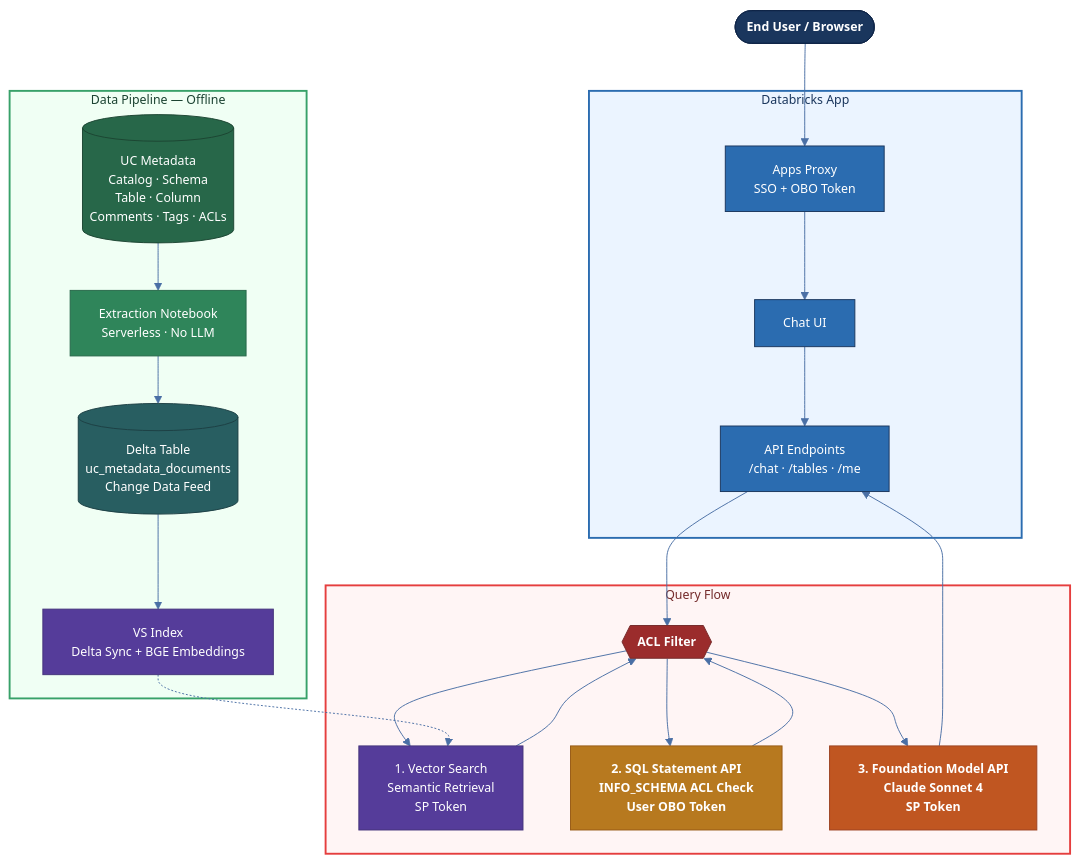
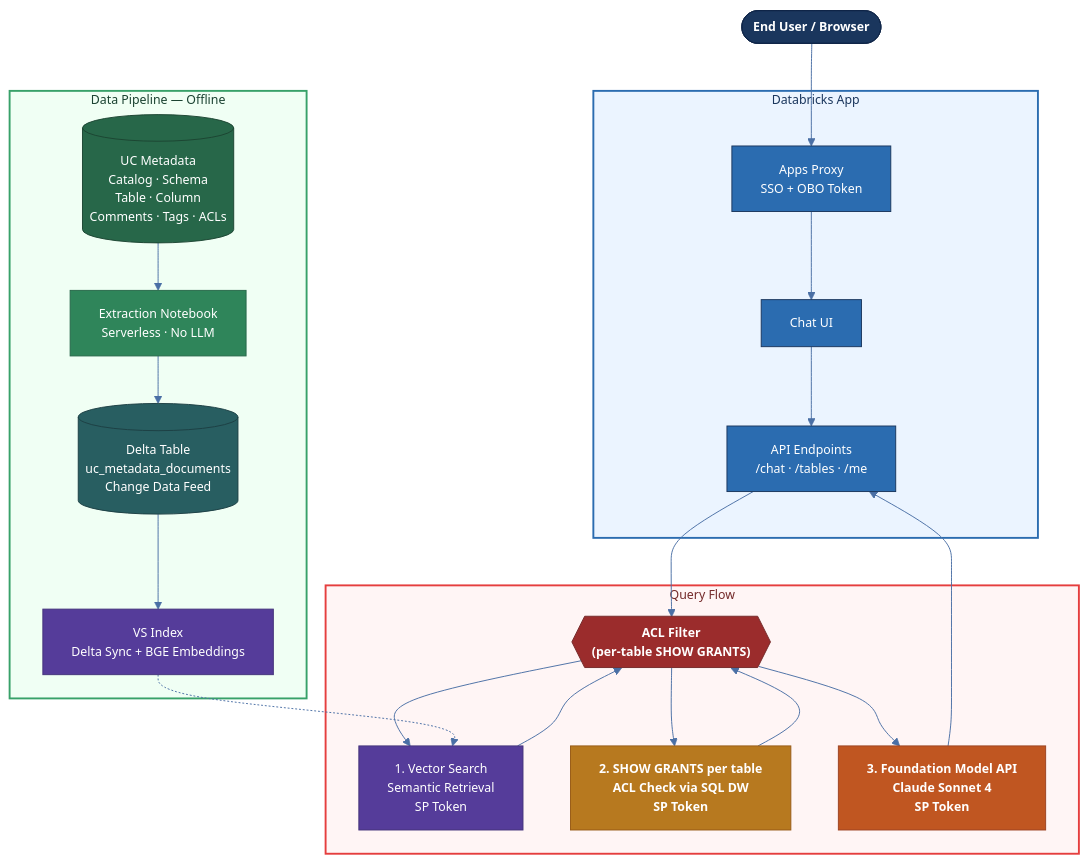
One commit to Jaipats/UnityCatalogInsights changed the diagram in frontend/uc_discovery_agent_arch.mmd. Above: the diagram before and after it, drawn with Mermaid. The commit also changed 2 other files, not shown here.

Commit message:
Update README and diagram for per-table SHOW GRANTS ACL
- README: Document new per-table SHOW GRANTS flow, remove OBO token
  references from auth model, update ACL section with fail-closed detail
- Diagram: Update SQL node to "SHOW GRANTS per table" with SP Token,
  update ACL filter label

```diff
--- a/frontend/uc_discovery_agent_arch.mmd
+++ b/frontend/uc_discovery_agent_arch.mmd
@@ -1,85 +1,85 @@
 %%{init: {
   "theme": "base",
   "themeVariables": {
     "primaryColor": "#2B6CB0",
     "primaryTextColor": "#FFFFFF",
     "primaryBorderColor": "#1A365D",
     "lineColor": "#4A6FA5",
     "background": "#FFFEF5",
     "clusterBkg": "#FFFEF5",
     "clusterBorder": "#CBD5E0",
     "edgeLabelBackground": "#FFFEF5",
     "fontFamily": "Segoe UI, Helvetica, Arial, sans-serif",
     "fontSize": "13px"
   }
 }}%%
 graph TD
 
   %% ── USER ──
   USER(["End User / Browser"])
 
   %% ── APP LAYER ──
   subgraph APP["Databricks App"]
     PROXY["Apps Proxy\nSSO + OBO Token"]
     UI["Chat UI"]
     API["API Endpoints\n/chat · /tables · /me"]
   end
 
   USER --> PROXY
   PROXY --> UI
   UI --> API
 
   %% ── QUERY ORCHESTRATION ──
   API --> ACL
 
   subgraph QUERY["Query Flow"]
-    ACL{{"ACL Filter"}}
+    ACL{{"ACL Filter\n(per-table SHOW GRANTS)"}}
     VS["1. Vector Search\nSemantic Retrieval\nSP Token"]
-    SQL["2. SQL Statement API\nINFO_SCHEMA ACL Check\nUser OBO Token"]
+    SQL["2. SHOW GRANTS per table\nACL Check via SQL DW\nSP Token"]
     LLM["3. Foundation Model API\nClaude Sonnet 4\nSP Token"]
   end
 
   ACL --> VS
   ACL --> SQL
   VS --> ACL
   SQL --> ACL
   ACL --> LLM
   LLM --> API
 
   %% ── DATA PIPELINE ──
   subgraph PIPELINE["Data Pipeline — Offline"]
     UC[("UC Metadata\nCatalog · Schema\nTable · Column\nComments · Tags · ACLs")]
     NB["Extraction Notebook\nServerless · No LLM"]
     DELTA[("Delta Table\nuc_metadata_documents\nChange Data Feed")]
     VSIDX["VS Index\nDelta Sync + BGE Embeddings"]
   end
 
   UC --> NB --> DELTA --> VSIDX
   VSIDX -.-> VS
 
   %% ── STYLES ──
   classDef user     fill:#1A365D,stroke:#0F2548,color:#FFF,font-weight:bold
   classDef app      fill:#2B6CB0,stroke:#1A365D,color:#FFF
   classDef acl      fill:#9B2C2C,stroke:#742A2A,color:#FFF,font-weight:bold
   classDef vs       fill:#553C9A,stroke:#44337A,color:#FFF
   classDef sql      fill:#B7791F,stroke:#975A16,color:#FFF,font-weight:bold
   classDef llm      fill:#C05621,stroke:#9C4221,color:#FFF,font-weight:bold
   classDef uc       fill:#276749,stroke:#1C4532,color:#FFF
   classDef nb       fill:#2F855A,stroke:#276749,color:#FFF
   classDef delta    fill:#285E61,stroke:#1D4044,color:#FFF
   classDef vsidx    fill:#553C9A,stroke:#44337A,color:#FFF
 
   class USER user
   class PROXY,UI,API app
   class ACL acl
   class VS vsidx
   class SQL sql
   class LLM llm
   class UC uc
   class NB nb
   class DELTA delta
   class VSIDX vsidx
 
   style APP      fill:#EBF4FF,stroke:#2B6CB0,stroke-width:2px,color:#1A365D
   style QUERY    fill:#FFF5F5,stroke:#E53E3E,stroke-width:2px,color:#742A2A
   style PIPELINE fill:#F0FFF4,stroke:#38A169,stroke-width:2px,color:#1B4332
```
